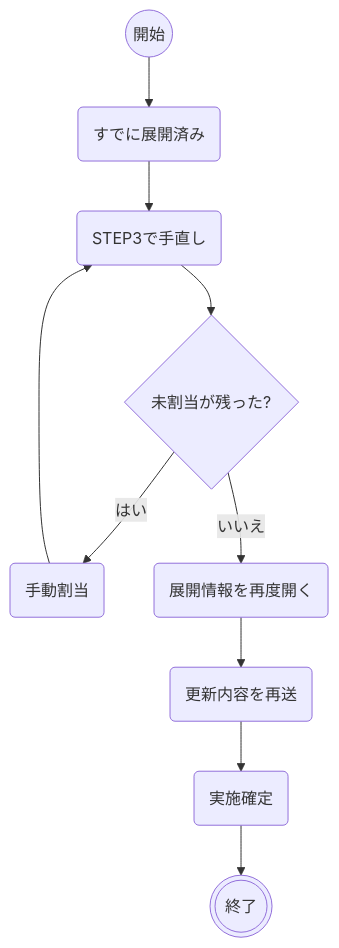
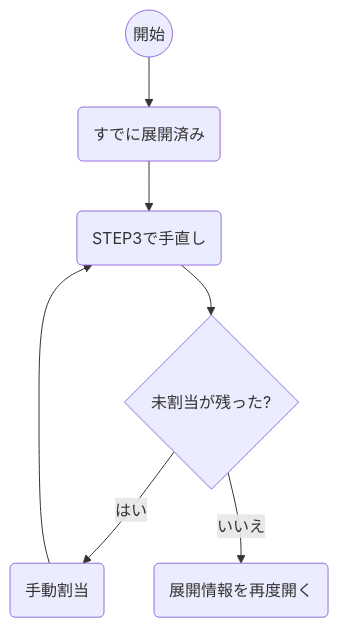
One commit to tcb15-admin/tcb-tools changed the tenth of 16 diagrams in boys15/docs/TCB-MAN-001_道具割り振りツール_操作マニュアル_v1.5.md. Above: the diagram before and after it, drawn with Mermaid. The commit also changed other lines of this file and 3 other files, not shown here.

First line of the commit message:
fix: 15期マニュアルv1.12でフロー図のPDF途中切れを防止

````diff
--- a/boys15/docs/TCB-MAN-001_道具割り振りツール_操作マニュアル_v1.5.md
+++ b/boys15/docs/TCB-MAN-001_道具割り振りツール_操作マニュアル_v1.5.md
@@ -245,12 +276,9 @@
 ```mermaid
 flowchart TD
     S((開始)) --> DONE(すでに展開済み)
     DONE --> EDIT(STEP3で手直し)
     EDIT --> U{未割当が残った?}
     U -->|はい| M(手動割当)
     M --> EDIT
     U -->|いいえ| RESH(展開情報を再度開く)
-    RESH --> RESEND(更新内容を再送)
-    RESEND --> CF(実施確定)
-    CF --> E(((終了)))
 ```
````
